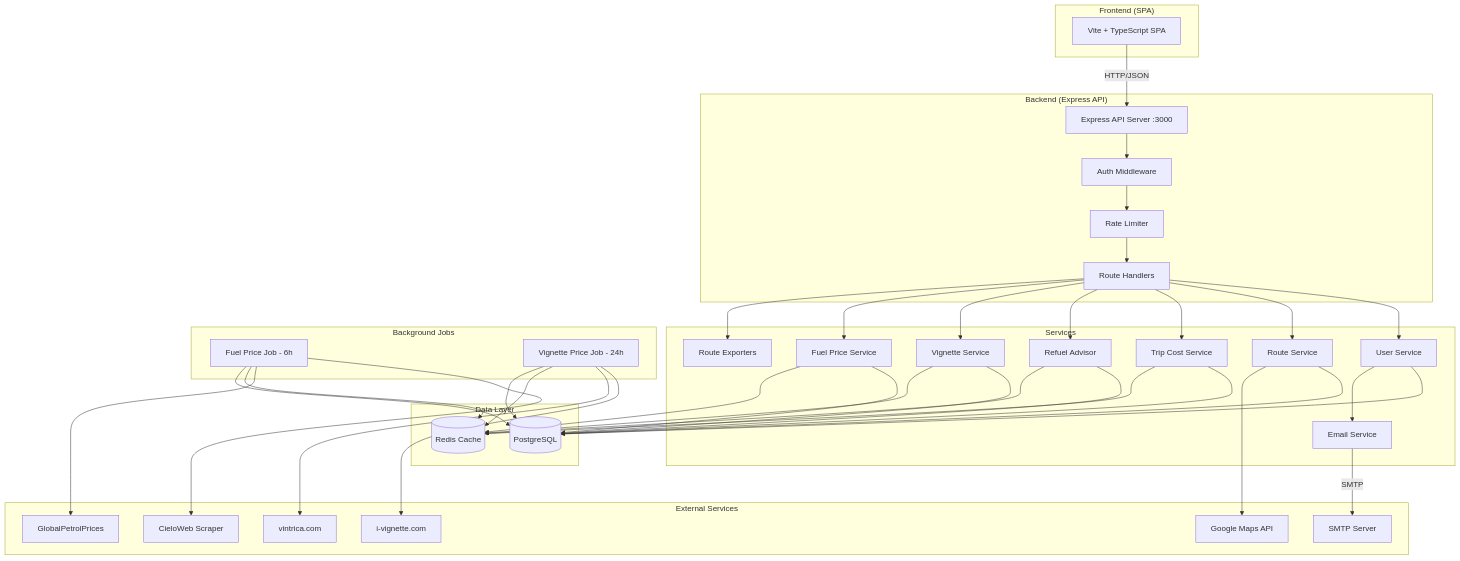
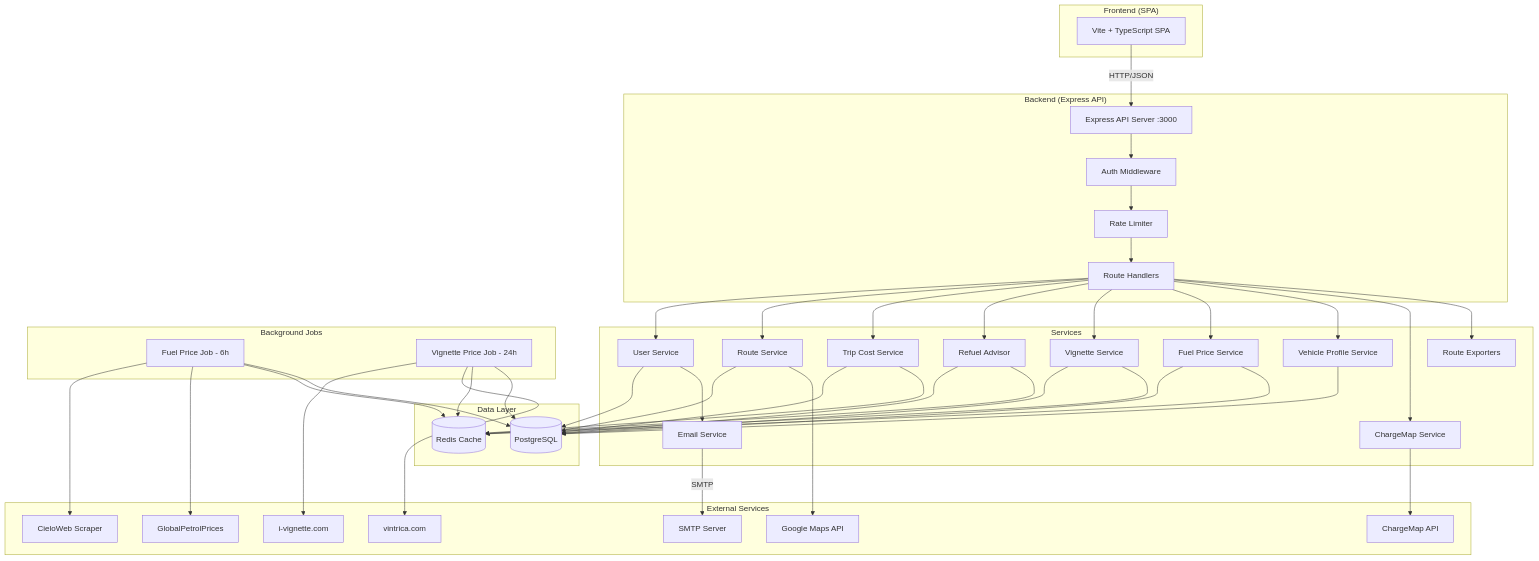
Before and after one commit to mihaibalaci/routeplanner: the first of 2 diagrams in docs/architecture.md, drawn with Mermaid. The commit also changed other lines of this file and 33 other files, not shown here.

```diff
--- a/docs/architecture.md
+++ b/docs/architecture.md
@@ -20,6 +20,8 @@
         RA[Refuel Advisor]
         VS[Vignette Service]
         FPS[Fuel Price Service]
+        VPS[Vehicle Profile Service]
+        CMS[ChargeMap Service]
         ES[Email Service]
         EXP[Route Exporters]
     end
@@ -36,6 +38,7 @@
         GPP[GlobalPetrolPrices]
         IVIG[i-vignette.com]
         VINT[vintrica.com]
+        CMAP[ChargeMap API]
     end
 
     subgraph "Background Jobs"
@@ -54,6 +57,8 @@
     ROUTES --> RA
     ROUTES --> VS
     ROUTES --> FPS
+    ROUTES --> VPS
+    ROUTES --> CMS
     ROUTES --> EXP
 
     US --> PG
@@ -69,6 +74,9 @@
     FPS --> PG
     FPS --> REDIS
 
+    VPS --> PG
+    CMS --> CMAP
+
     ES -->|SMTP| SMTP
     FPJ --> CIELO
     FPJ --> GPP
```
